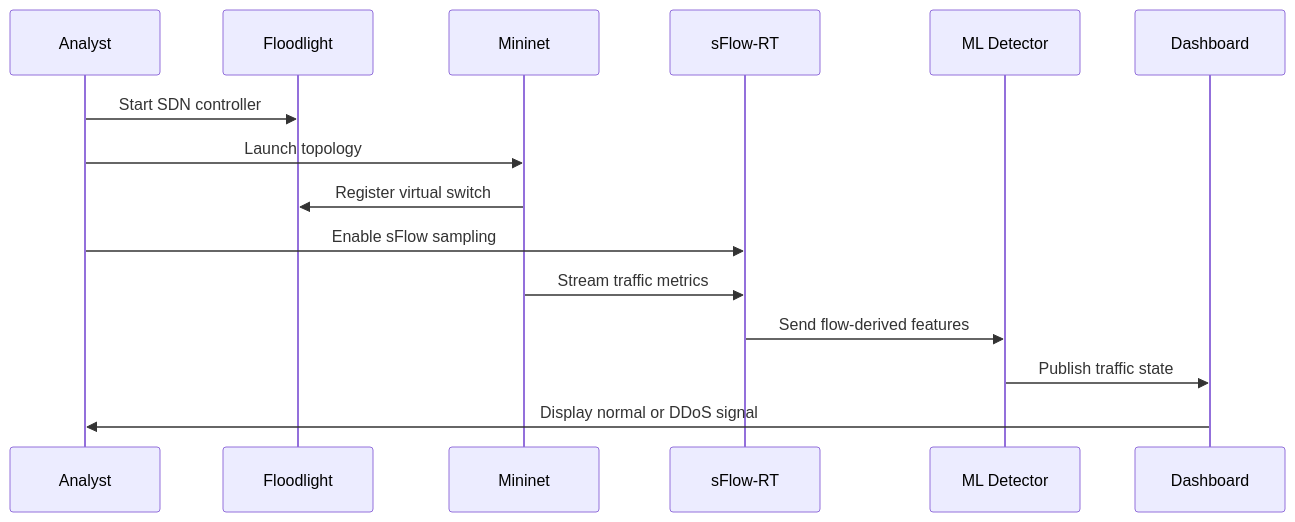
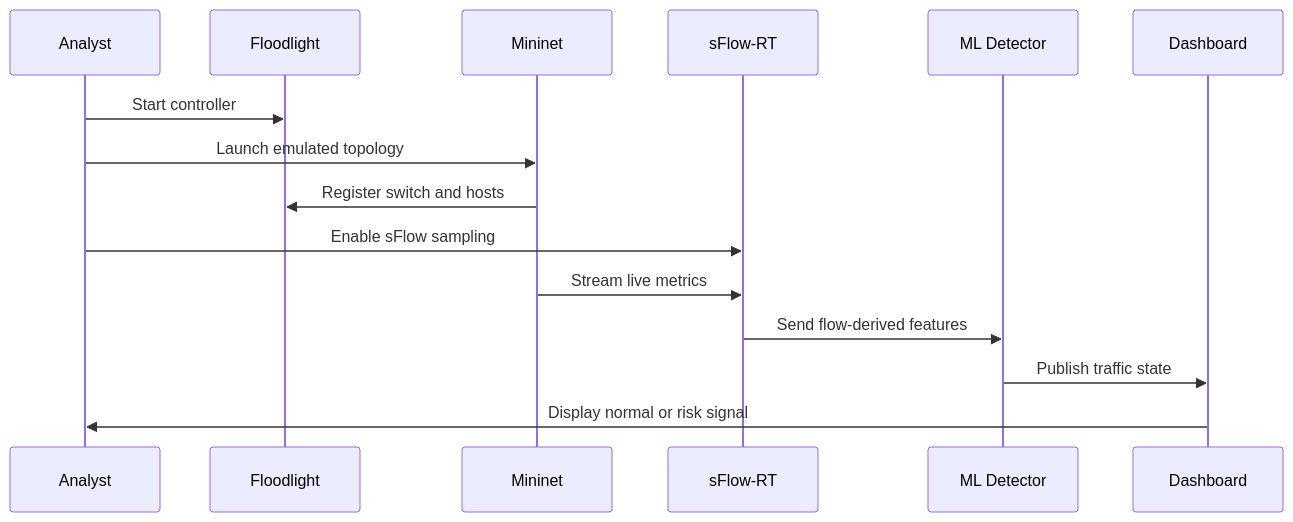
The second of 4 diagrams in README.md (ns7523/DDoS-attack-in-IoT-Real-Time), drawn with Mermaid before and after one commit. The commit also changed other lines of this file, not shown here.

Commit message:
Refine repo 2 README with premium Apple-style graphics and UI

````diff
--- a/README.md
+++ b/README.md
@@ -180,18 +141,18 @@
 ```mermaid
 sequenceDiagram
-    participant A as Analyst
-    participant F as Floodlight
-    participant M as Mininet
-    participant S as sFlow-RT
-    participant D as ML Detector
-    participant V as Dashboard
+    participant Analyst
+    participant SDN as Floodlight
+    participant Lab as Mininet
+    participant Telemetry as sFlow-RT
+    participant Model as ML Detector
+    participant UI as Dashboard
 
-    A->>F: Start SDN controller
-    A->>M: Launch topology
-    M->>F: Register virtual switch
-    A->>S: Enable sFlow sampling
-    M->>S: Stream traffic metrics
-    S->>D: Send flow-derived features
-    D->>V: Publish traffic state
-    V->>A: Display normal or DDoS signal
+    Analyst->>SDN: Start controller
+    Analyst->>Lab: Launch emulated topology
+    Lab->>SDN: Register switch and hosts
+    Analyst->>Telemetry: Enable sFlow sampling
+    Lab->>Telemetry: Stream live metrics
+    Telemetry->>Model: Send flow-derived features
+    Model->>UI: Publish traffic state
+    UI->>Analyst: Display normal or risk signal
 ```
````
